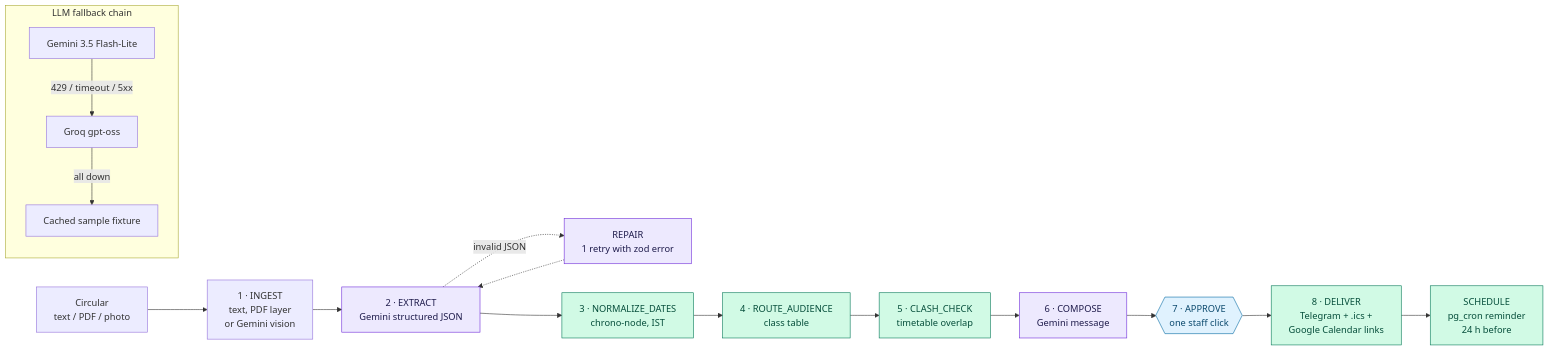
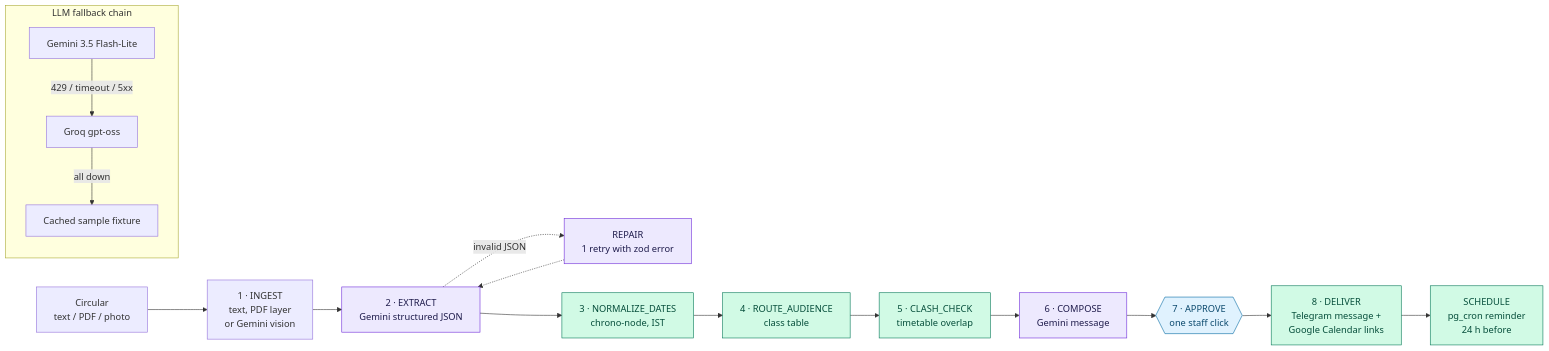
Before and after one commit to Suyash728/dulynoted: the diagram in README.md, drawn with Mermaid. The commit also changed other lines of this file and 36 other files, not shown here.

First line of the commit message:
feat: clearer Telegram message, Google Calendar instead of .ics, polished UI

````diff
--- a/README.md
+++ b/README.md
@@ -31,26 +31,26 @@
 ```mermaid
 flowchart LR
   A[Circular<br/>text / PDF / photo] --> I[1 · INGEST<br/>text, PDF layer<br/>or Gemini vision]
   I --> E[2 · EXTRACT<br/>Gemini structured JSON]
   E -. invalid JSON .-> R[REPAIR<br/>1 retry with zod error]
   R -.-> E
   E --> N[3 · NORMALIZE_DATES<br/>chrono-node, IST]
   N --> RT[4 · ROUTE_AUDIENCE<br/>class table]
   RT --> C[5 · CLASH_CHECK<br/>timetable overlap]
   C --> CO[6 · COMPOSE<br/>Gemini message]
   CO --> G{{7 · APPROVE<br/>one staff click}}
-  G --> D[8 · DELIVER<br/>Telegram + .ics +<br/>Google Calendar links]
+  G --> D[8 · DELIVER<br/>Telegram message +<br/>Google Calendar links]
   D --> S[SCHEDULE<br/>pg_cron reminder<br/>24 h before]
 
   subgraph fallback [LLM fallback chain]
     direction TB
     F1[Gemini 3.5 Flash-Lite] -->|429 / timeout / 5xx| F2[Groq gpt-oss] -->|all down| F3[Cached sample fixture]
   end
 
   classDef gemini fill:#ede9fe,stroke:#6d28d9,color:#1e1b4b
   classDef code fill:#d1fae5,stroke:#047857,color:#064e3b
   classDef human fill:#e0f2fe,stroke:#0369a1,color:#0c4a6e
   class E,CO,R gemini
   class N,RT,C,D,S code
   class G human
 ```
````
